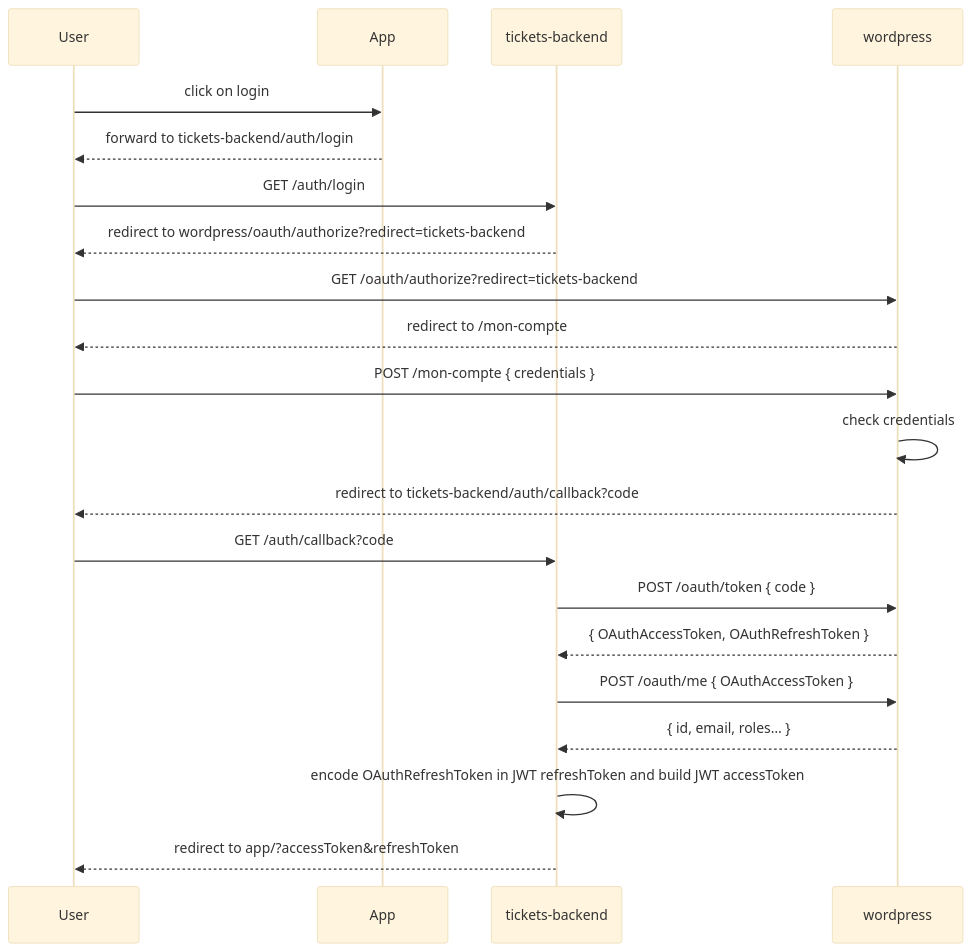
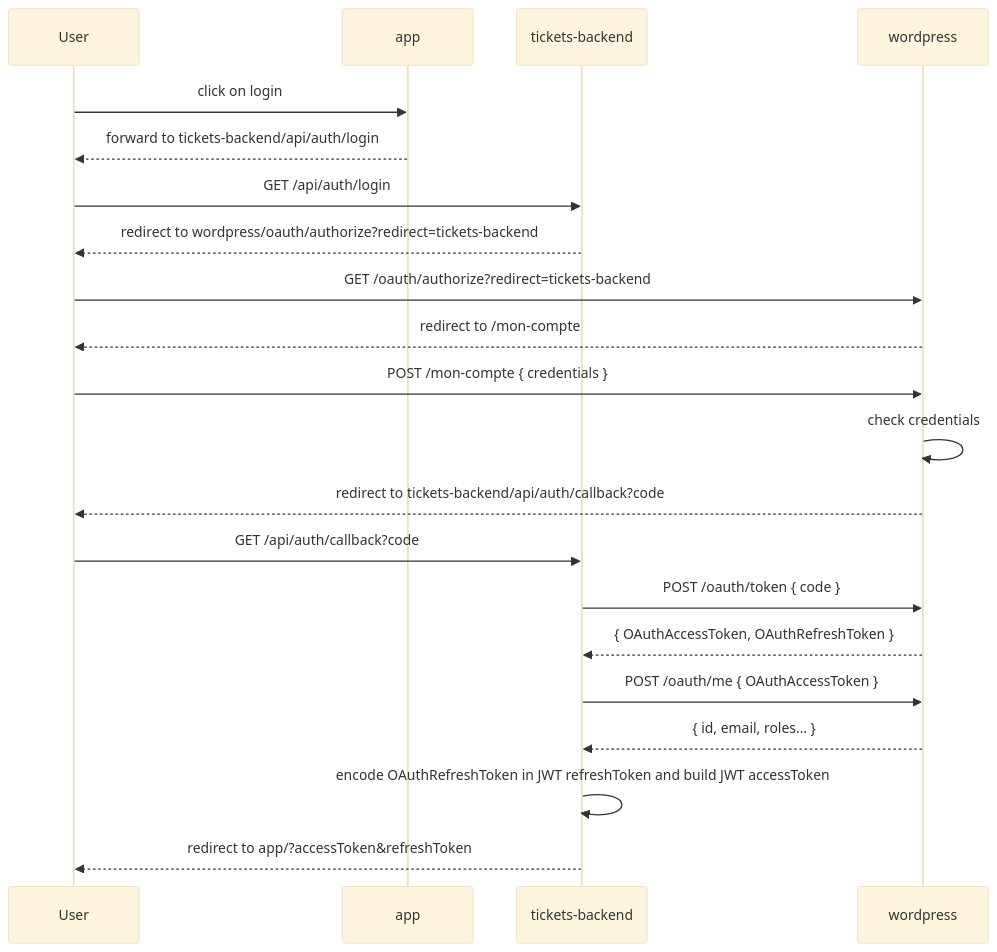
One commit to coworking-metz/tickets-backend changed the first of 2 diagrams in AUTH.md. Above: the diagram before and after it, drawn with Mermaid (base theme). The commit also changed other lines of this file, not shown here.

Commit message:
docs(auth): add missing `/api` prefix

````diff
--- a/AUTH.md
+++ b/AUTH.md
@@ -19,19 +18,19 @@
 ```mermaid
 sequenceDiagram
-    User->>App: click on login
-    App-->>User: forward to tickets-backend/auth/login
-    User->>tickets-backend: GET /auth/login
+    User->>app: click on login
+    app-->>User: forward to tickets-backend/api/auth/login
+    User->>tickets-backend: GET /api/auth/login
     tickets-backend-->>User: redirect to wordpress/oauth/authorize?redirect=tickets-backend
     User->>wordpress: GET /oauth/authorize?redirect=tickets-backend
     wordpress-->>User: redirect to /mon-compte
     User->>wordpress: POST /mon-compte { credentials }
     wordpress->>wordpress: check credentials
-    wordpress-->>User: redirect to tickets-backend/auth/callback?code
-    User->>tickets-backend: GET /auth/callback?code
+    wordpress-->>User: redirect to tickets-backend/api/auth/callback?code
+    User->>tickets-backend: GET /api/auth/callback?code
     tickets-backend->>wordpress: POST /oauth/token { code }
     wordpress-->>tickets-backend: { OAuthAccessToken, OAuthRefreshToken }
     tickets-backend->>wordpress: POST /oauth/me { OAuthAccessToken }
     wordpress-->>tickets-backend: { id, email, roles… }
     tickets-backend->>tickets-backend: encode OAuthRefreshToken in JWT refreshToken and build JWT accessToken
     tickets-backend-->>User: redirect to app/?accessToken&refreshToken
 ```
````
